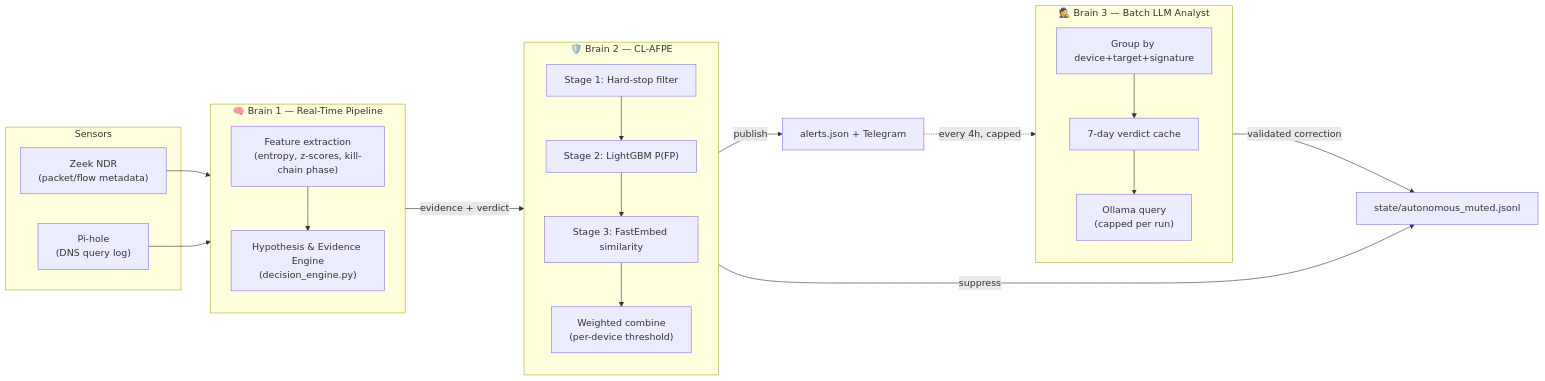
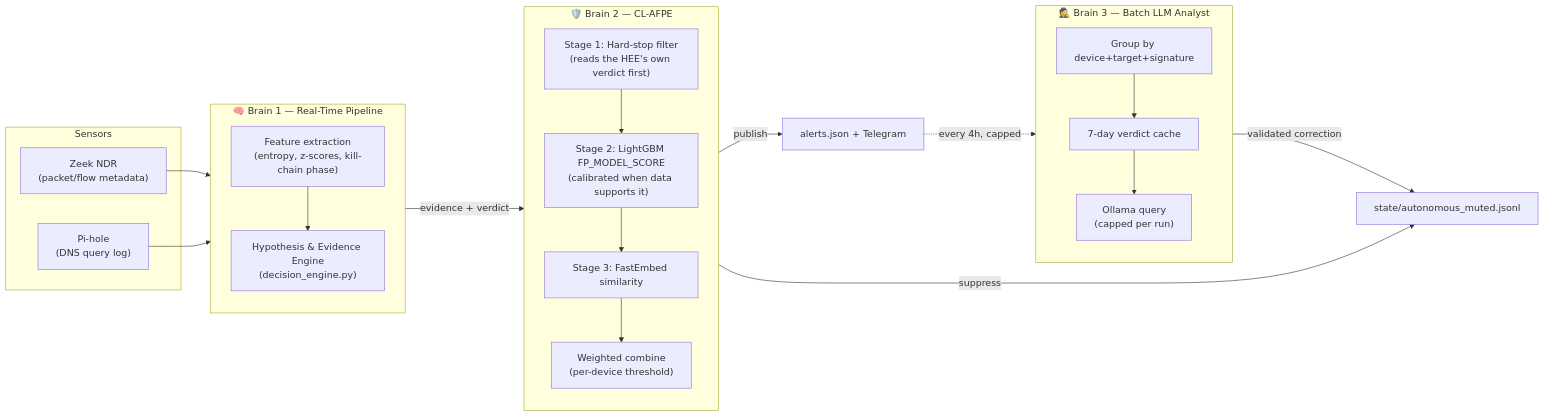
Before and after one commit to gsaket-sky/home-ids: the first of 2 diagrams in README.md, drawn with Mermaid. The commit also changed other lines of this file and 26 other files, not shown here.

````diff
--- a/README.md
+++ b/README.md
@@ -28,39 +29,39 @@
 ```mermaid
 flowchart LR
     subgraph Sensors
         Zeek["Zeek NDR<br/>(packet/flow metadata)"]
         Pihole["Pi-hole<br/>(DNS query log)"]
     end
 
     subgraph Brain1["🧠 Brain 1 — Real-Time Pipeline"]
         direction TB
         Extract["Feature extraction<br/>(entropy, z-scores, kill-chain phase)"]
         HEE["Hypothesis & Evidence Engine<br/>(decision_engine.py)"]
         Extract --> HEE
     end
 
     subgraph Brain2["🛡️ Brain 2 — CL-AFPE"]
         direction TB
-        Stage1["Stage 1: Hard-stop filter"]
-        Stage2["Stage 2: LightGBM P(FP)"]
+        Stage1["Stage 1: Hard-stop filter<br/>(reads the HEE's own verdict first)"]
+        Stage2["Stage 2: LightGBM FP_MODEL_SCORE<br/>(calibrated when data supports it)"]
         Stage3["Stage 3: FastEmbed similarity"]
         Combine["Weighted combine<br/>(per-device threshold)"]
         Stage1 --> Stage2 --> Stage3 --> Combine
     end
 
     subgraph Brain3["🕵️ Brain 3 — Batch LLM Analyst"]
         direction TB
         Dedup["Group by device+target+signature"]
         Cache["7-day verdict cache"]
         LLM["Ollama query<br/>(capped per run)"]
         Dedup --> Cache --> LLM
     end
 
     Zeek --> Extract
     Pihole --> Extract
     HEE -->|evidence + verdict| Brain2
     Combine -->|suppress| Muted["state/autonomous_muted.jsonl"]
     Combine -->|publish| Alerts["alerts.json + Telegram"]
     Alerts -.every 4h, capped.-> Brain3
     LLM -->|validated correction| Muted
 ```
````
